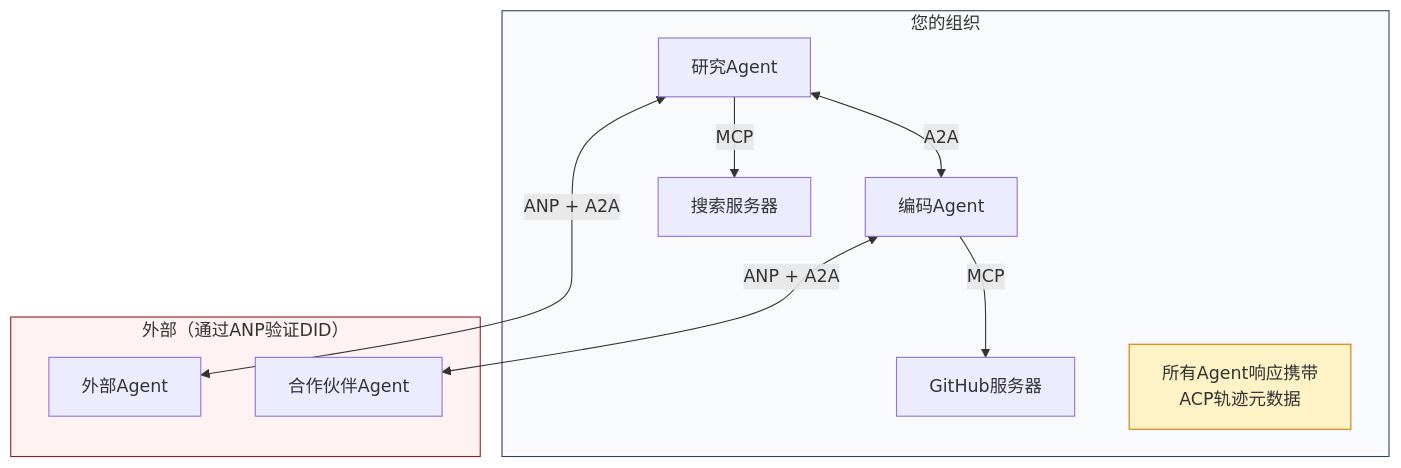
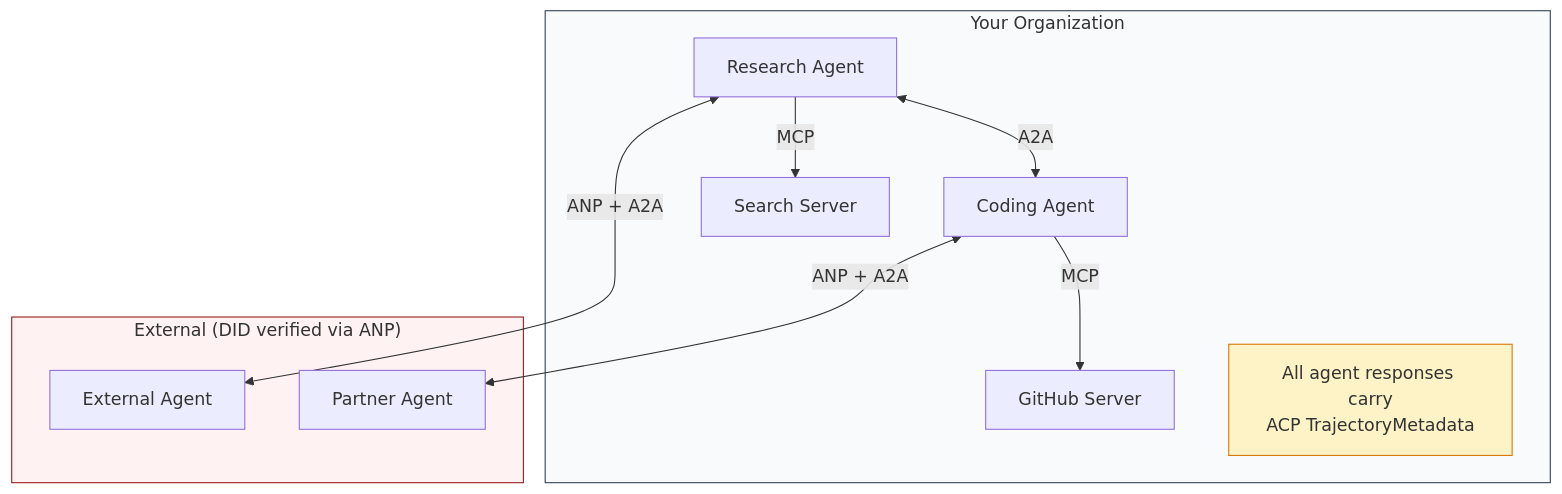
One commit to xiaojiaenen/ai-engineering-from-scratch-zh changed diagram 11 of 13 in i18n/zh/phases/16-multi-agent-and-swarms/03-communication-protocols/docs/zh.md. Above: the diagram before and after it, drawn with Mermaid. The commit also changed other lines of this file and 25 other files, not shown here.

````diff
--- a/i18n/zh/phases/16-multi-agent-and-swarms/03-communication-protocols/docs/zh.md
+++ b/i18n/zh/phases/16-multi-agent-and-swarms/03-communication-protocols/docs/zh.md
@@ -575,21 +575,21 @@
 ```mermaid
 graph TB
-    subgraph org["您的组织"]
-        RA[研究Agent] <-->|A2A| CA[编码Agent]
-        RA -->|MCP| SS[搜索服务器]
-        CA -->|MCP| GS[GitHub服务器]
-        AUDIT["所有Agent响应携带<br/>ACP轨迹元数据"]
+    subgraph org["Your Organization"]
+        RA[Research Agent] <-->|A2A| CA[Coding Agent]
+        RA -->|MCP| SS[Search Server]
+        CA -->|MCP| GS[GitHub Server]
+        AUDIT["All agent responses carry<br/>ACP TrajectoryMetadata"]
     end
 
-    subgraph ext["外部（通过ANP验证DID）"]
-        EA[外部Agent]
-        PA[合作伙伴Agent]
+    subgraph ext["External (DID verified via ANP)"]
+        EA[External Agent]
+        PA[Partner Agent]
     end
 
     RA <-->|ANP + A2A| EA
     CA <-->|ANP + A2A| PA
 
     style org fill:#f8fafc,stroke:#334155
     style ext fill:#fef2f2,stroke:#991b1b
     style AUDIT fill:#fef3c7,stroke:#d97706
 ```
````
